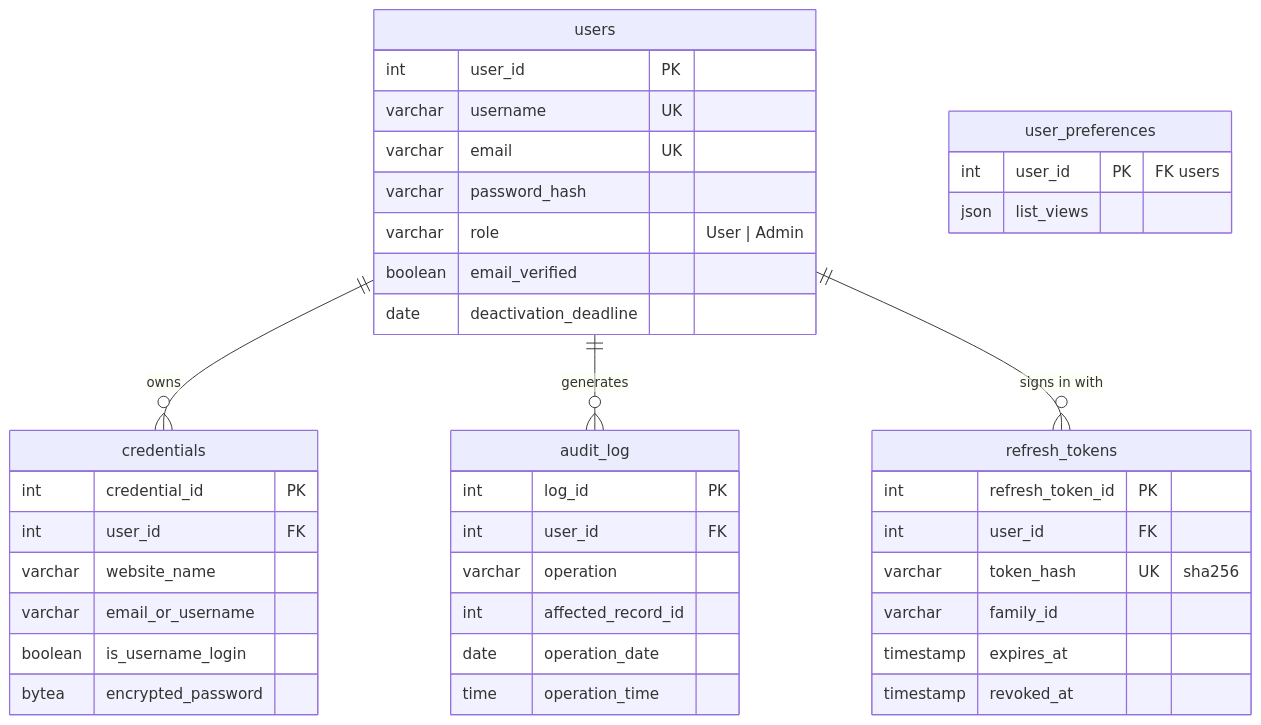
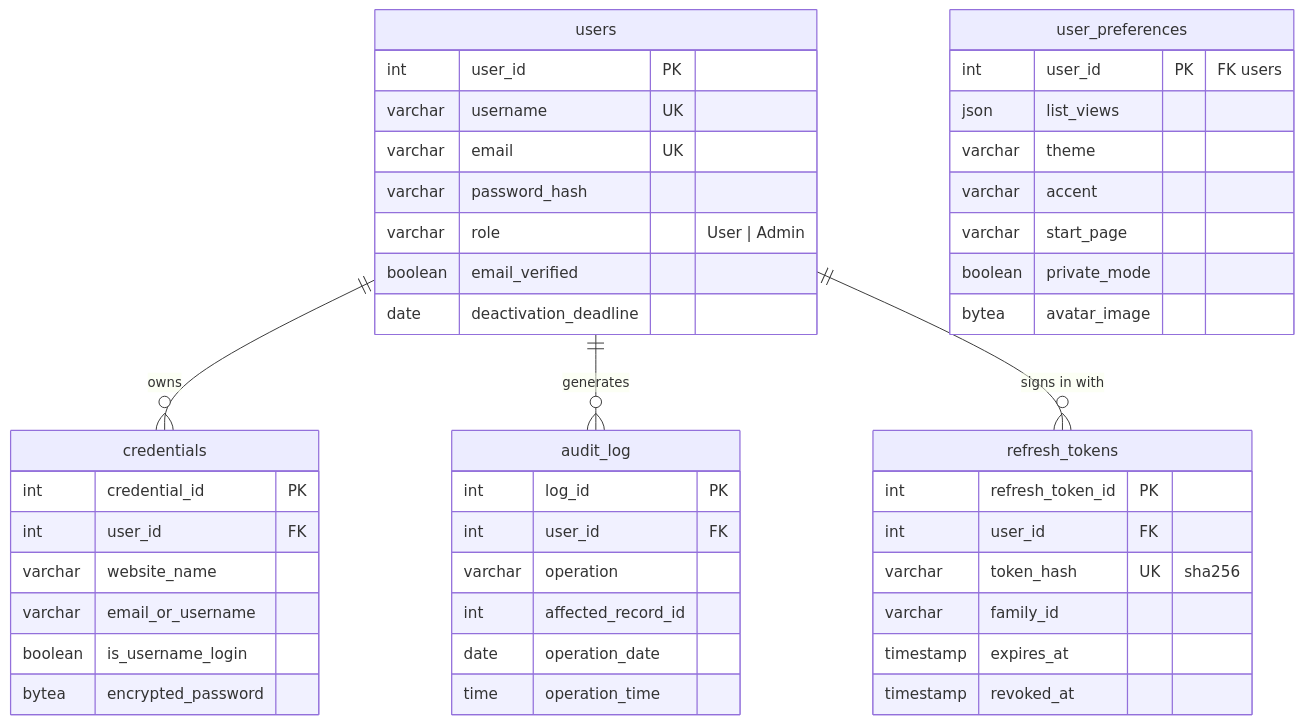
The third of 4 diagrams in ARCHITECTURE.md (DarkyGr/Saving-Access), drawn with Mermaid before and after one commit. The commit also changed other lines of this file and 55 other files, not shown here.

First line of the commit message:
feat: settings, theme, avatar, private mode, password change and sessions (task 37.3)

````diff
--- a/ARCHITECTURE.md
+++ b/ARCHITECTURE.md
@@ -192,44 +194,49 @@
 ```mermaid
 erDiagram
     users ||--o{ credentials : owns
     users ||--o{ audit_log : generates
     users ||--o{ refresh_tokens : "signs in with"
 
     users {
         int user_id PK
         varchar username UK
         varchar email UK
         varchar password_hash
         varchar role "User | Admin"
         boolean email_verified
         date deactivation_deadline
     }
     credentials {
         int credential_id PK
         int user_id FK
         varchar website_name
         varchar email_or_username
         boolean is_username_login
         bytea encrypted_password
     }
     audit_log {
         int log_id PK
         int user_id FK
         varchar operation
         int affected_record_id
         date operation_date
         time operation_time
     }
     user_preferences {
         int user_id PK "FK users"
         json list_views
+        varchar theme
+        varchar accent
+        varchar start_page
+        boolean private_mode
+        bytea avatar_image
     }
     refresh_tokens {
         int refresh_token_id PK
         int user_id FK
         varchar token_hash UK "sha256"
         varchar family_id
         timestamp expires_at
         timestamp revoked_at
     }
 ```
````
